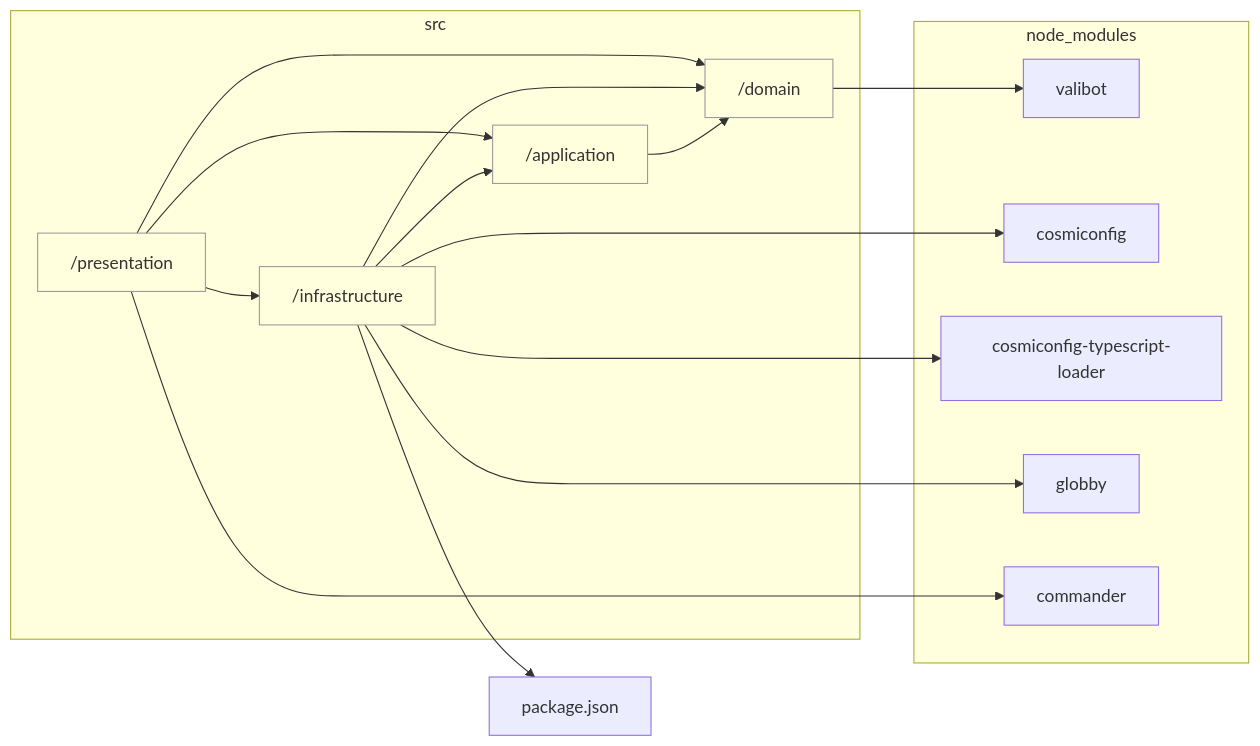
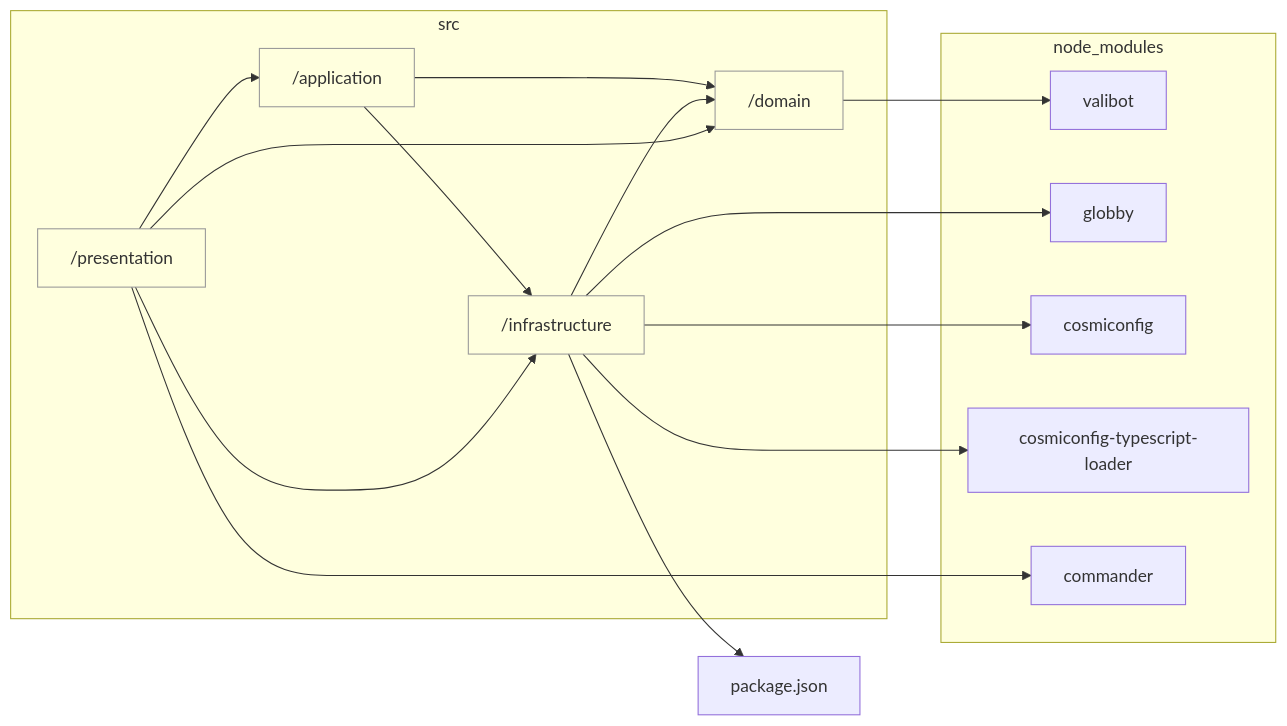
Before and after one commit to sugurutakahashi-1234/mermaid-markdown-wrap: the diagram in docs/reports/dependencies/layers.md, drawn with Mermaid. The commit also changed 15 other files, not shown here.

````diff
--- a/docs/reports/dependencies/layers.md
+++ b/docs/reports/dependencies/layers.md
@@ -7,29 +7,29 @@
 ```mermaid
 flowchart LR
     classDef dir fill:#0000,stroke:#999
     subgraph src["src"]
         src/domain["/domain"]:::dir
         src/application["/application"]:::dir
         src/infrastructure["/infrastructure"]:::dir
         src/presentation["/presentation"]:::dir
     end
     subgraph node//modules["node_modules"]
         node//modules/valibot/dist/index.d.cts["valibot"]
+        node//modules/globby/index.d.ts["globby"]
         node//modules/cosmiconfig/dist/index.d.ts["cosmiconfig"]
         node//modules/cosmiconfig//typescript//loader/dist/types/index.d.ts["cosmiconfig-typescript-loader"]
-        node//modules/globby/index.d.ts["globby"]
         node//modules/commander/typings/index.d.ts["commander"]
     end
     src/domain-->node//modules/valibot/dist/index.d.cts
     src/application-->src/domain
+    src/infrastructure-->node//modules/globby/index.d.ts
+    src/application-->src/infrastructure
     src/infrastructure-->node//modules/cosmiconfig/dist/index.d.ts
     src/infrastructure-->node//modules/cosmiconfig//typescript//loader/dist/types/index.d.ts
     src/infrastructure-->src/domain
-    src/infrastructure-->src/application
-    src/infrastructure-->node//modules/globby/index.d.ts
     src/infrastructure-->package.json
     src/presentation-->src/application
     src/presentation-->src/domain
     src/presentation-->src/infrastructure
     src/presentation-->node//modules/commander/typings/index.d.ts
 ```
````
